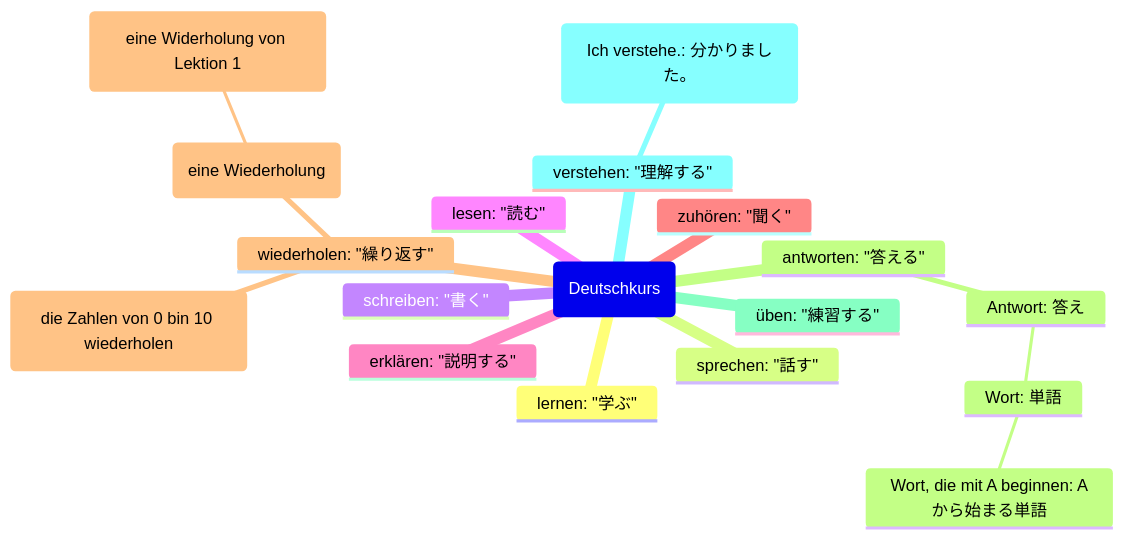
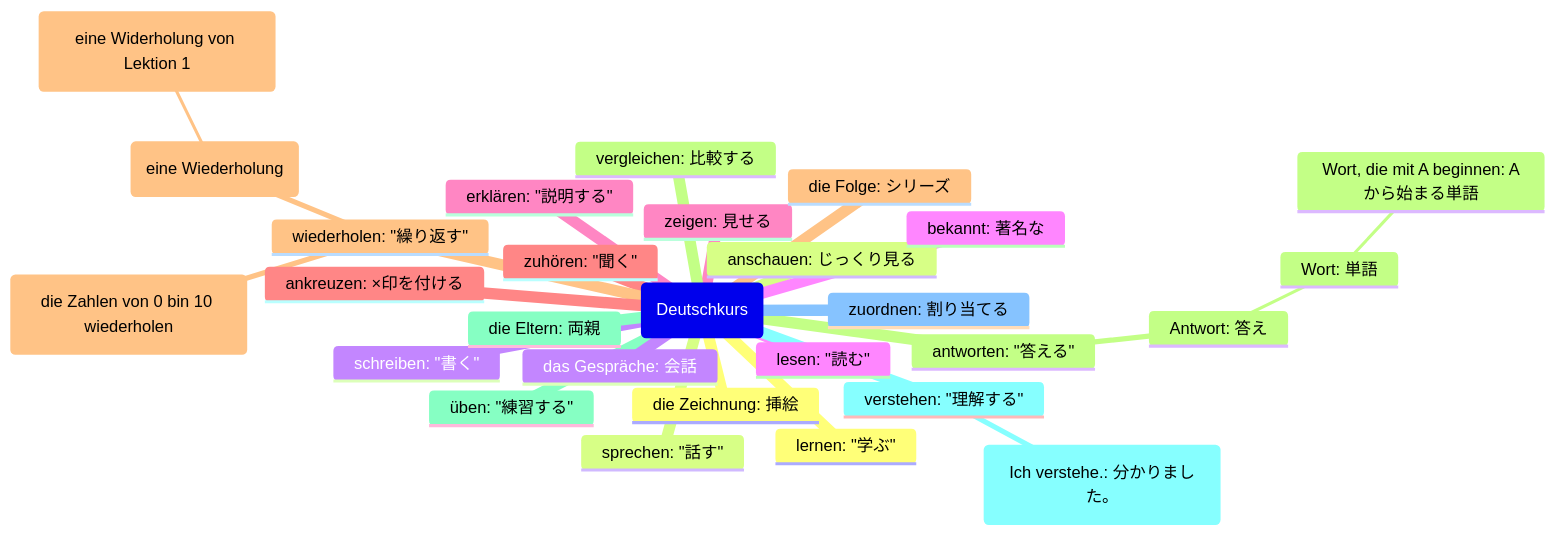
Before and after one commit to hyonsoku/mindmap: the diagram in Dutesch/Verb/Dutschkurs.md, drawn with Mermaid.

Commit message:
Add new more words

````diff
--- a/Dutesch/Verb/Dutschkurs.md
+++ b/Dutesch/Verb/Dutschkurs.md
@@ -3,21 +3,31 @@
 ```mermaid
 mindmap
   root(Deutschkurs)
     lernen: "学ぶ"
     sprechen: "話す"
     schreiben: "書く"
     lesen: "読む"
     erklären: "説明する"
     zuhören: "聞く"
     wiederholen: "繰り返す"
         (die Zahlen von 0 bin 10 wiederholen)
         (eine Wiederholung)
             (eine Widerholung von Lektion 1)
     antworten: "答える"
         Antwort: 答え
             Wort: 単語
                 Wort, die mit A beginnen: Aから始まる単語
     üben: "練習する"
     verstehen: "理解する"
         (Ich verstehe.: 分かりました。)
+    zuordnen: 割り当てる
+    die Zeichnung: 挿絵
+    anschauen: じっくり見る
+    das Gespräche: 会話
+    bekannt: 著名な
+    zeigen: 見せる
+    ankreuzen: ×印を付ける
+    die Folge: シリーズ
+    vergleichen: 比較する
+    die Eltern: 両親
 ```
````
